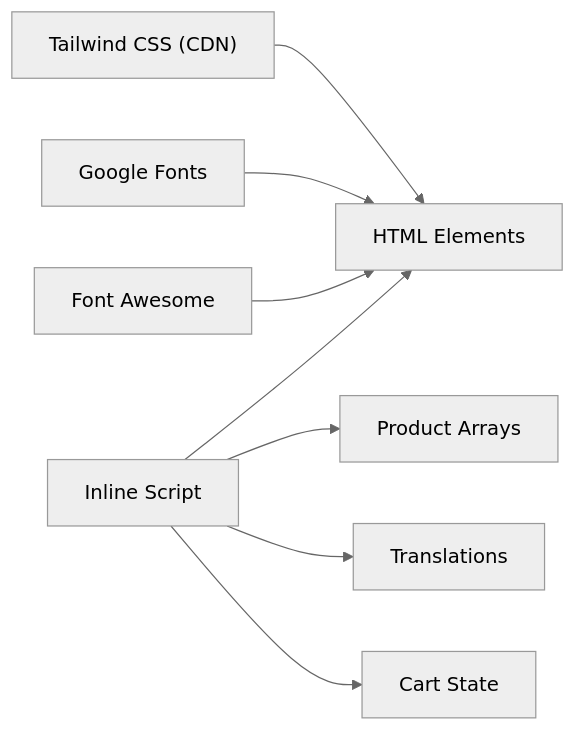
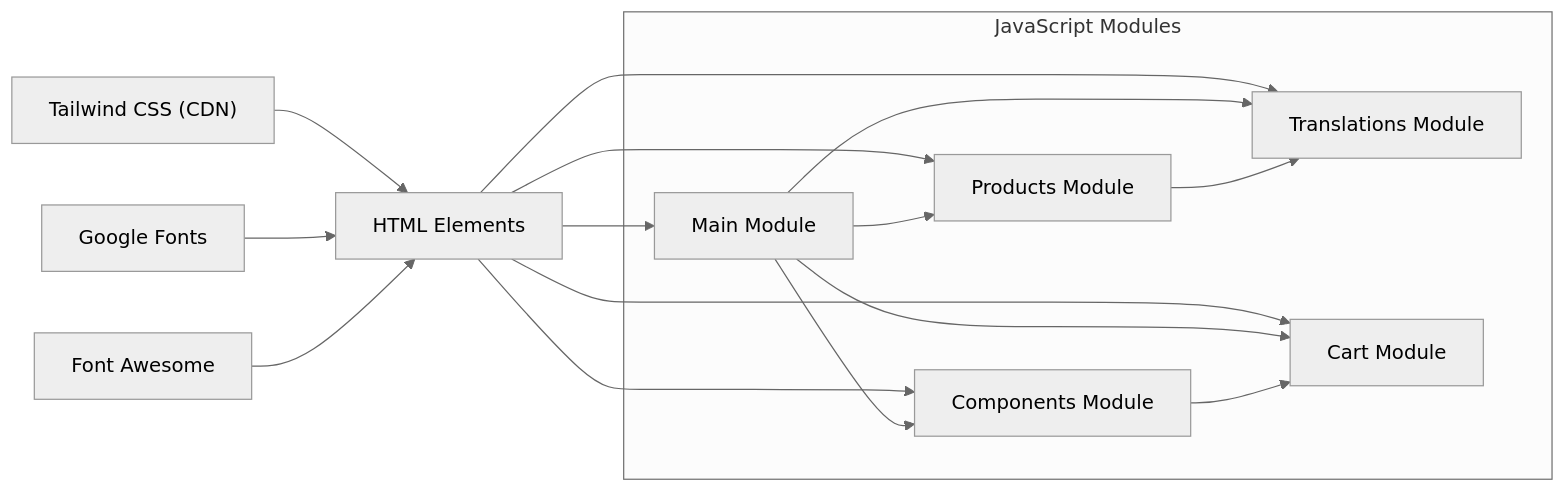
One commit to queenflowerhk/queenflowerhk.github.io changed the fourth of 4 diagrams in .qoder/repowiki/en/content/User Interface Components/User Interface Components.md. Above: the diagram before and after it, drawn with Mermaid (neutral theme). The commit also changed other lines of this file and 36 other files, not shown here.

````diff
--- a/.qoder/repowiki/en/content/User Interface Components/User Interface Components.md
+++ b/.qoder/repowiki/en/content/User Interface Components/User Interface Components.md
@@ -277,10 +358,24 @@
 ```mermaid
 graph LR
 T["Tailwind CSS (CDN)"] --> H["HTML Elements"]
 G["Google Fonts"] --> H
 F["Font Awesome"] --> H
-S["Inline Script"] --> H
-S --> P["Product Arrays"]
-S --> L["Translations"]
-S --> C["Cart State"]
+subgraph "JavaScript Modules"
+CM["Components Module"]
+MM["Main Module"]
+PM["Products Module"]
+TM["Translations Module"]
+CT["Cart Module"]
+end
+H --> CM
+H --> MM
+H --> PM
+H --> TM
+H --> CT
+MM --> CM
+MM --> PM
+MM --> TM
+MM --> CT
+CM --> CT
+PM --> TM
 ```
````
